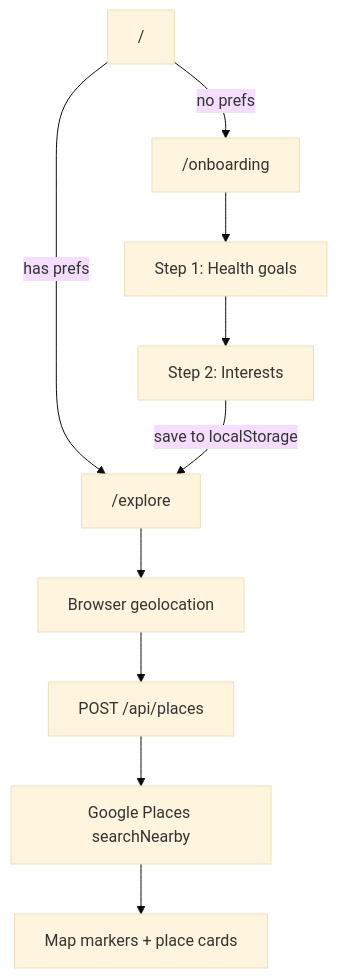
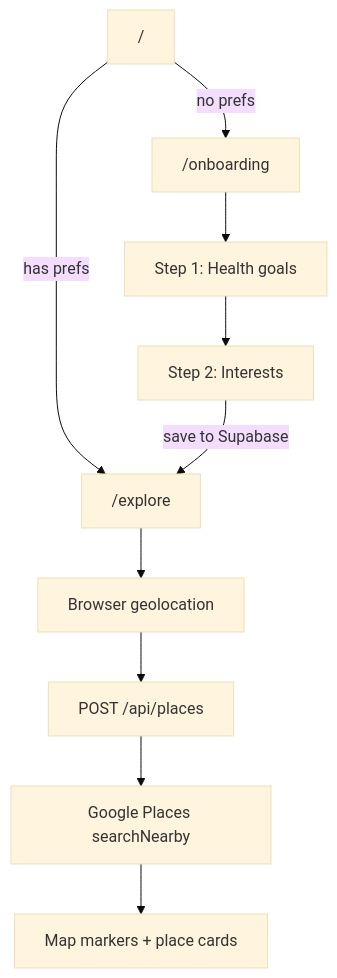
The diagram in PLAN.md (eyavuz21/cursor-hackathon-2026-07-09), drawn with Mermaid (base theme) before and after one commit. The commit also changed other lines of this file and 10 other files, not shown here.

````diff
--- a/PLAN.md
+++ b/PLAN.md
@@ -19,12 +19,12 @@
 ```mermaid
 flowchart TD
   Home["/"] -->|no prefs| Onboarding["/onboarding"]
   Home -->|has prefs| Explore["/explore"]
   Onboarding --> Step1["Step 1: Health goals"]
   Step1 --> Step2["Step 2: Interests"]
-  Step2 -->|save to localStorage| Explore
+  Step2 -->|save to Supabase| Explore
   Explore --> Geo["Browser geolocation"]
   Geo --> API["POST /api/places"]
   API --> Places["Google Places searchNearby"]
   Places --> MapUI["Map markers + place cards"]
 ```
````
